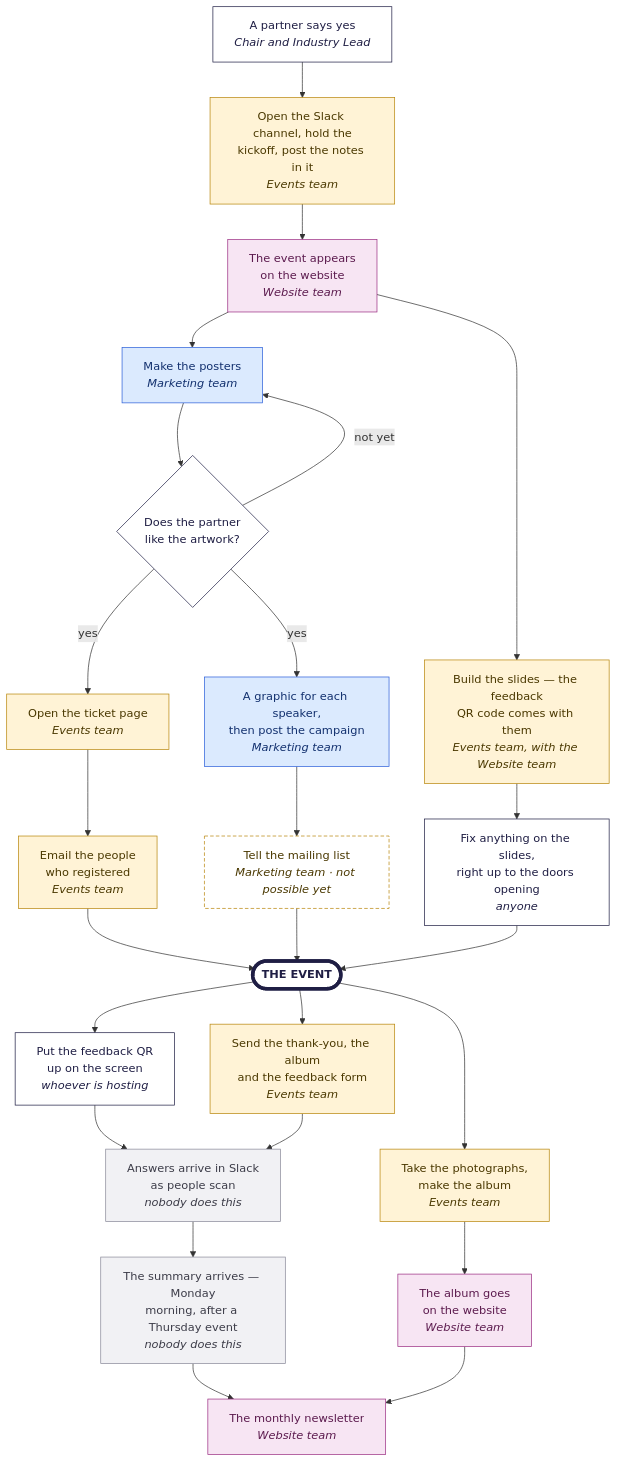
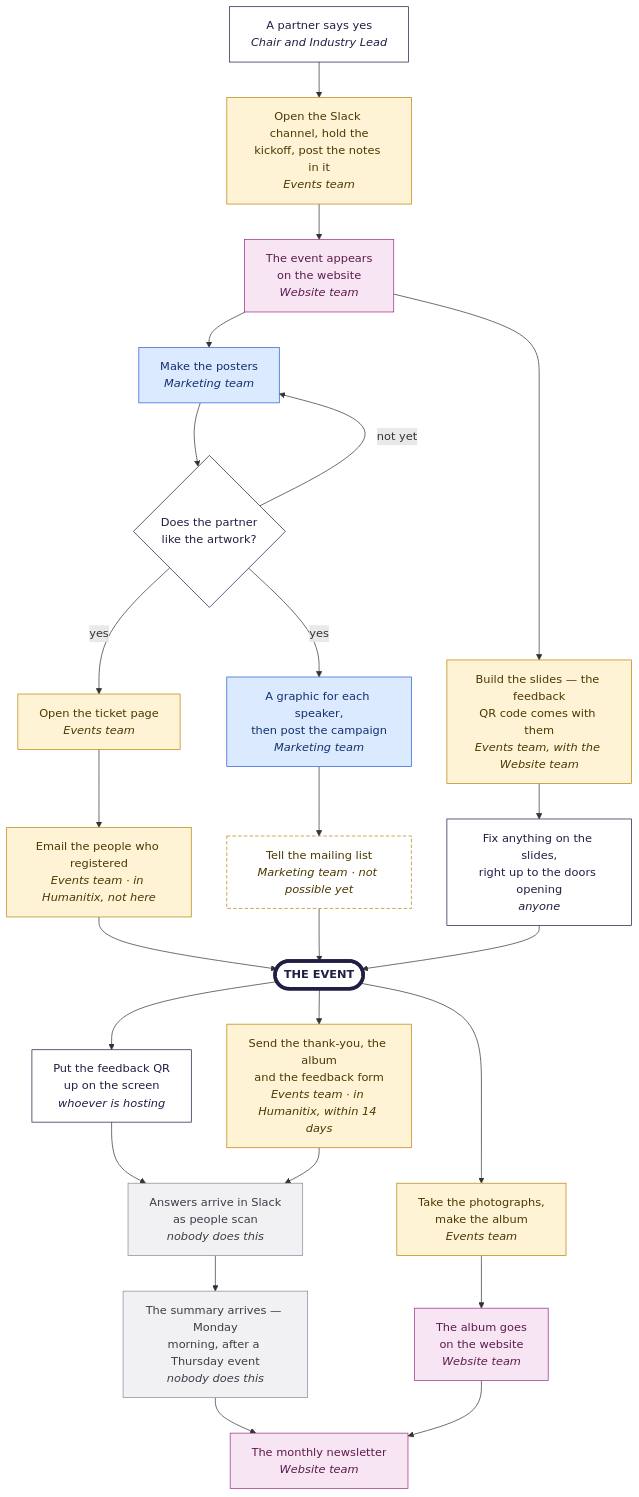
Before and after one commit to ChanMeng666/she-sharp: the diagram in docs/development/EVENT_PLAYBOOK.md, drawn with Mermaid. The commit also changed other lines of this file and 28 other files, not shown here.

````diff
--- a/docs/development/EVENT_PLAYBOOK.md
+++ b/docs/development/EVENT_PLAYBOOK.md
@@ -16,50 +16,50 @@
 ```mermaid
 flowchart TD
   START["A partner says yes<br/><i>Chair and Industry Lead</i>"]
   START --> CHAN["Open the Slack channel, hold the<br/>kickoff, post the notes in it<br/><i>Events team</i>"]
   CHAN --> PAGE["The event appears<br/>on the website<br/><i>Website team</i>"]
 
   PAGE --> ART["Make the posters<br/><i>Marketing team</i>"]
   PAGE --> DECK["Build the slides — the feedback<br/>QR code comes with them<br/><i>Events team, with the Website team</i>"]
 
   ART --> APPR{"Does the partner<br/>like the artwork?"}
   APPR -->|"not yet"| ART
   APPR -->|"yes"| TIX["Open the ticket page<br/><i>Events team</i>"]
   APPR -->|"yes"| CAMP["A graphic for each speaker,<br/>then post the campaign<br/><i>Marketing team</i>"]
 
-  TIX --> REG["Email the people<br/>who registered<br/><i>Events team</i>"]
+  TIX --> REG["Email the people who registered<br/><i>Events team · in Humanitix, not here</i>"]
   CAMP --> LIST["Tell the mailing list<br/><i>Marketing team · not possible yet</i>"]
   DECK --> TWEAK["Fix anything on the slides,<br/>right up to the doors opening<br/><i>anyone</i>"]
 
   REG --> NIGHT(["<b>THE EVENT</b>"])
   LIST --> NIGHT
   TWEAK --> NIGHT
 
   NIGHT --> QR["Put the feedback QR<br/>up on the screen<br/><i>whoever is hosting</i>"]
   NIGHT --> PHOTOS["Take the photographs,<br/>make the album<br/><i>Events team</i>"]
-  NIGHT --> THANKS["Send the thank-you, the album<br/>and the feedback form<br/><i>Events team</i>"]
+  NIGHT --> THANKS["Send the thank-you, the album<br/>and the feedback form<br/><i>Events team · in Humanitix, within 14 days</i>"]
 
   QR --> FEED["Answers arrive in Slack<br/>as people scan<br/><i>nobody does this</i>"]
   THANKS --> FEED
   FEED --> DIGEST["The summary arrives — Monday<br/>morning, after a Thursday event<br/><i>nobody does this</i>"]
 
   PHOTOS --> GALLERY["The album goes<br/>on the website<br/><i>Website team</i>"]
   DIGEST --> NEWS["The monthly newsletter<br/><i>Website team</i>"]
   GALLERY --> NEWS
 
   classDef events fill:#fff3d6,stroke:#b8860b,color:#4a3800
   classDef marketing fill:#dbeafe,stroke:#2b5fd9,color:#12306e
   classDef website fill:#f7e5f3,stroke:#9b2e83,color:#5c1b4e
   classDef auto fill:#f1f1f4,stroke:#8a8a99,color:#3c3c48
   classDef outside fill:#ffffff,stroke:#1f1e44,color:#1f1e44
   classDef blocked fill:#ffffff,stroke:#b8860b,color:#4a3800,stroke-dasharray:5 3
   classDef night fill:#ffffff,stroke:#1f1e44,color:#1f1e44,stroke-width:5px
 
   class CHAN,TIX,REG,PHOTOS,THANKS,DECK events
   class ART,CAMP marketing
   class PAGE,GALLERY,NEWS website
   class FEED,DIGEST auto
   class START,APPR,QR,TWEAK outside
   class LIST blocked
   class NIGHT night
 ```
````
